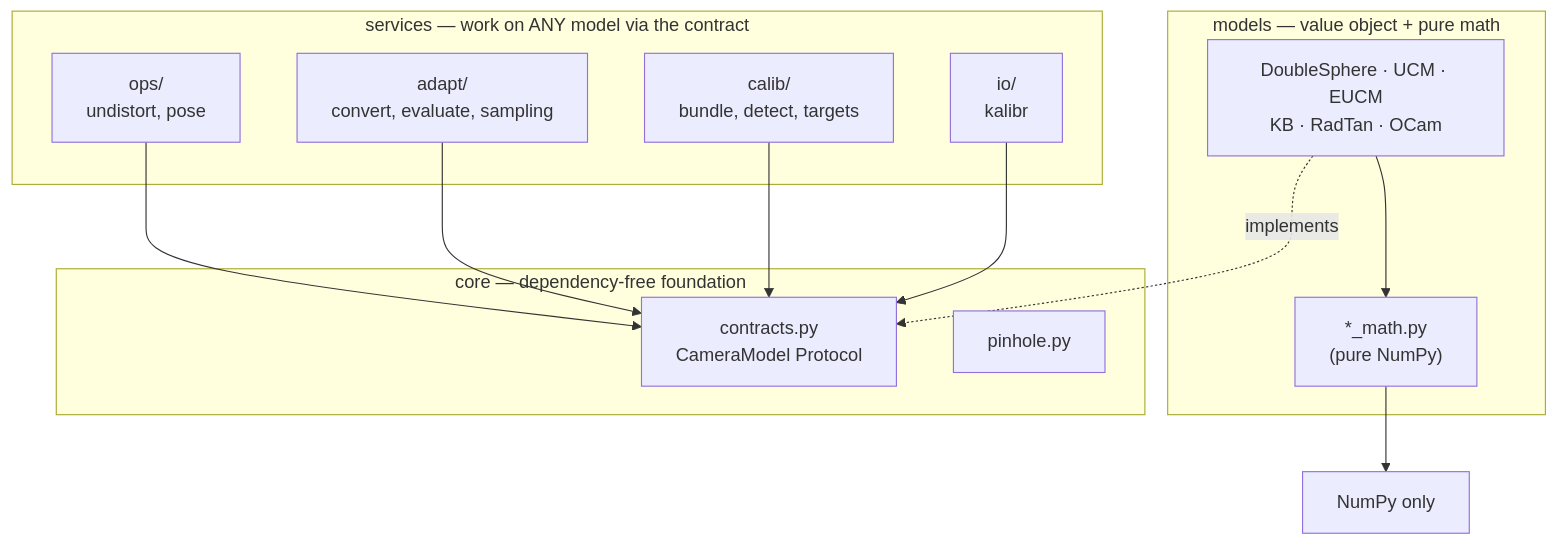
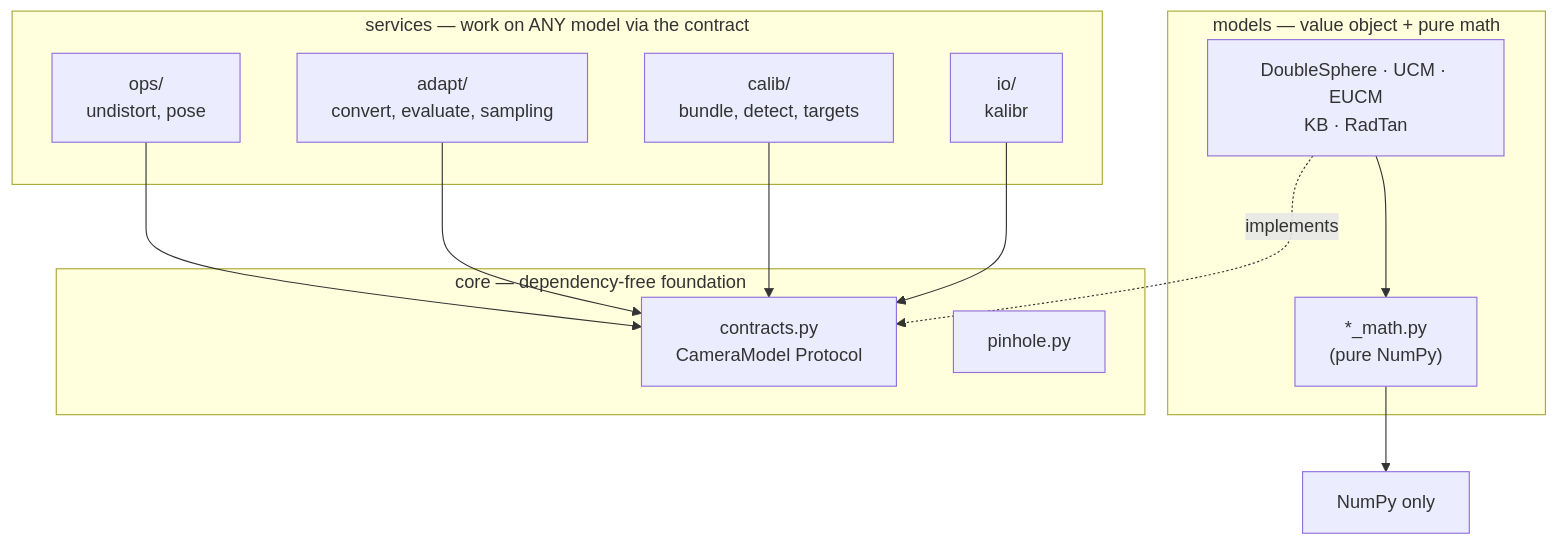
The diagram in docs/MULTI_MODEL.md (Munna-Manoj/DS-MSP), drawn with Mermaid before and after one commit. The commit also changed other lines of this file and 83 other files, not shown here.

````diff
--- a/docs/MULTI_MODEL.md
+++ b/docs/MULTI_MODEL.md
@@ -290,25 +271,25 @@
 ```mermaid
 graph TD
     subgraph services["services — work on ANY model via the contract"]
         ops["ops/<br/>undistort, pose"]
         adapt["adapt/<br/>convert, evaluate, sampling"]
         calib["calib/<br/>bundle, detect, targets"]
         io["io/<br/>kalibr"]
     end
     subgraph models["models — value object + pure math"]
-        mclass["DoubleSphere · UCM · EUCM<br/>KB · RadTan · OCam"]
+        mclass["DoubleSphere · UCM · EUCM<br/>KB · RadTan"]
         mmath["*_math.py<br/>(pure NumPy)"]
     end
     subgraph core["core — dependency-free foundation"]
         contracts["contracts.py<br/>CameraModel Protocol"]
         pinhole["pinhole.py"]
     end
 
     ops --> contracts
     adapt --> contracts
     calib --> contracts
     io --> contracts
     mclass --> mmath
     mclass -. implements .-> contracts
     mmath --> numpy["NumPy only"]
 ```
````
